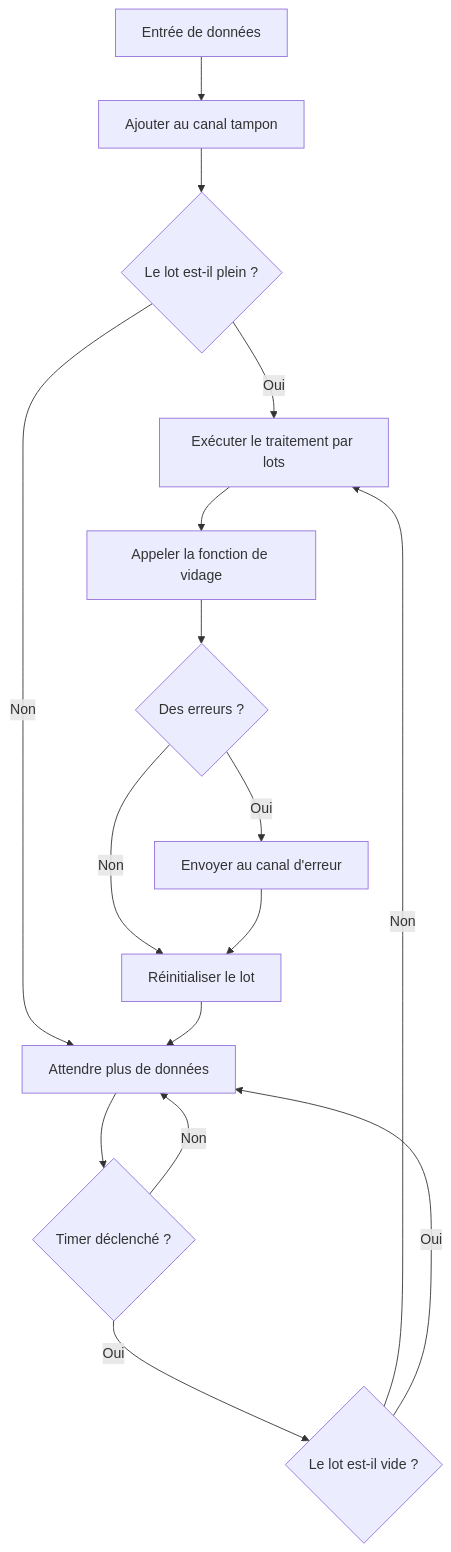
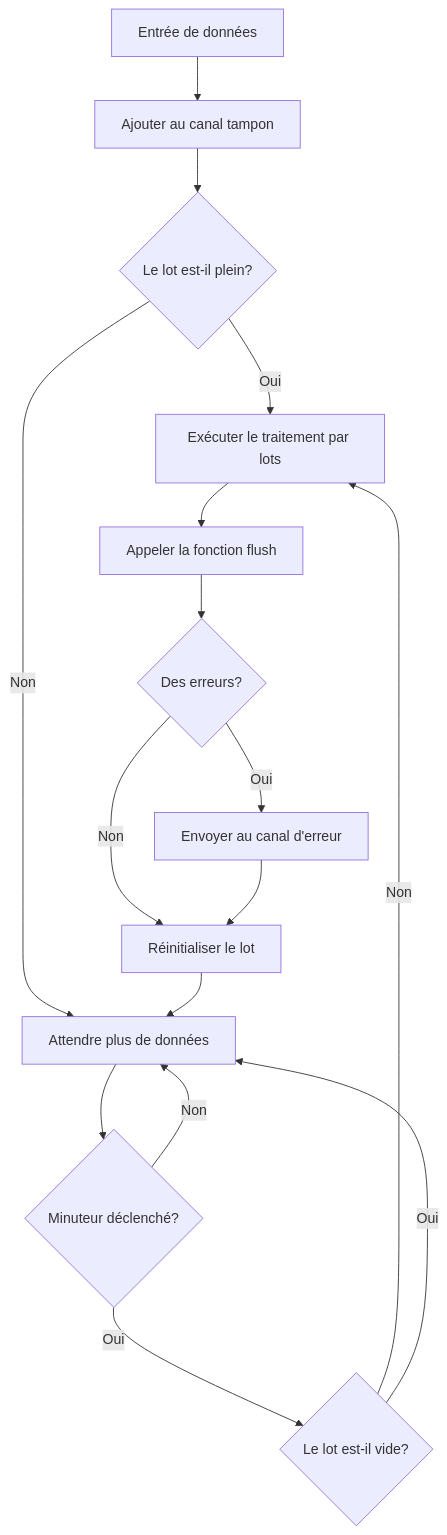
The diagram in i18n/fr/docusaurus-plugin-content-docs/current/standard-pipeline.md (rushairer/go-pipeline-homepage), drawn with Mermaid before and after one commit. The commit also changed other lines of this file and 27 other files, not shown here.

````diff
--- a/i18n/fr/docusaurus-plugin-content-docs/current/standard-pipeline.md
+++ b/i18n/fr/docusaurus-plugin-content-docs/current/standard-pipeline.md
@@ -22,18 +22,18 @@
 ```mermaid
 graph TD
-    A[Entrée de données] --> B[Ajouter au canal tampon]
-    B --> C{Le lot est-il plein ?}
-    C -->|Oui| D[Exécuter le traitement par lots]
-    C -->|Non| E[Attendre plus de données]
-    E --> F{Timer déclenché ?}
-    F -->|Oui| G{Le lot est-il vide ?}
+    A["Entrée de données"] --> B["Ajouter au canal tampon"]
+    B --> C{"Le lot est-il plein?"}
+    C -->|Oui| D["Exécuter le traitement par lots"]
+    C -->|Non| E["Attendre plus de données"]
+    E --> F{"Minuteur déclenché?"}
+    F -->|Oui| G{"Le lot est-il vide?"}
     G -->|Non| D
     G -->|Oui| E
     F -->|Non| E
-    D --> H[Appeler la fonction de vidage]
-    H --> I{Des erreurs ?}
-    I -->|Oui| J[Envoyer au canal d'erreur]
-    I -->|Non| K[Réinitialiser le lot]
+    D --> H["Appeler la fonction flush"]
+    H --> I{"Des erreurs?"}
+    I -->|Oui| J["Envoyer au canal d'erreur"]
+    I -->|Non| K["Réinitialiser le lot"]
     J --> K
     K --> E
 ```
````
